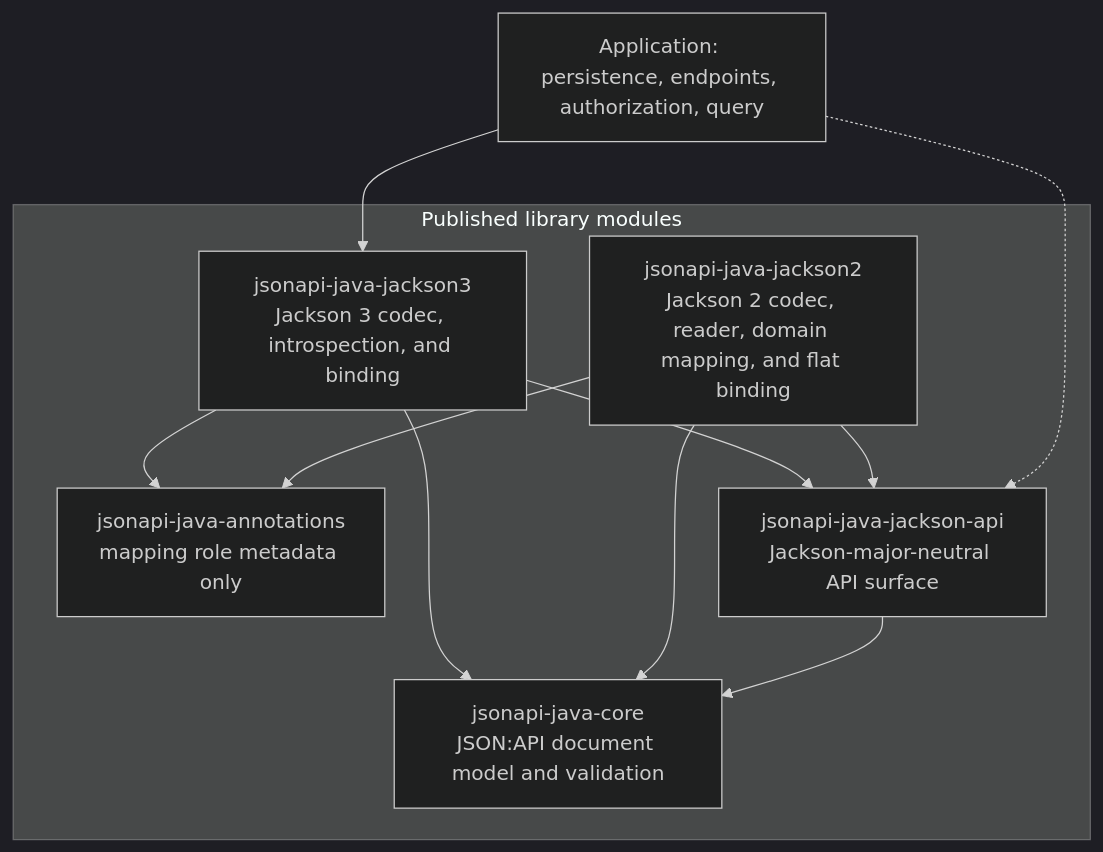
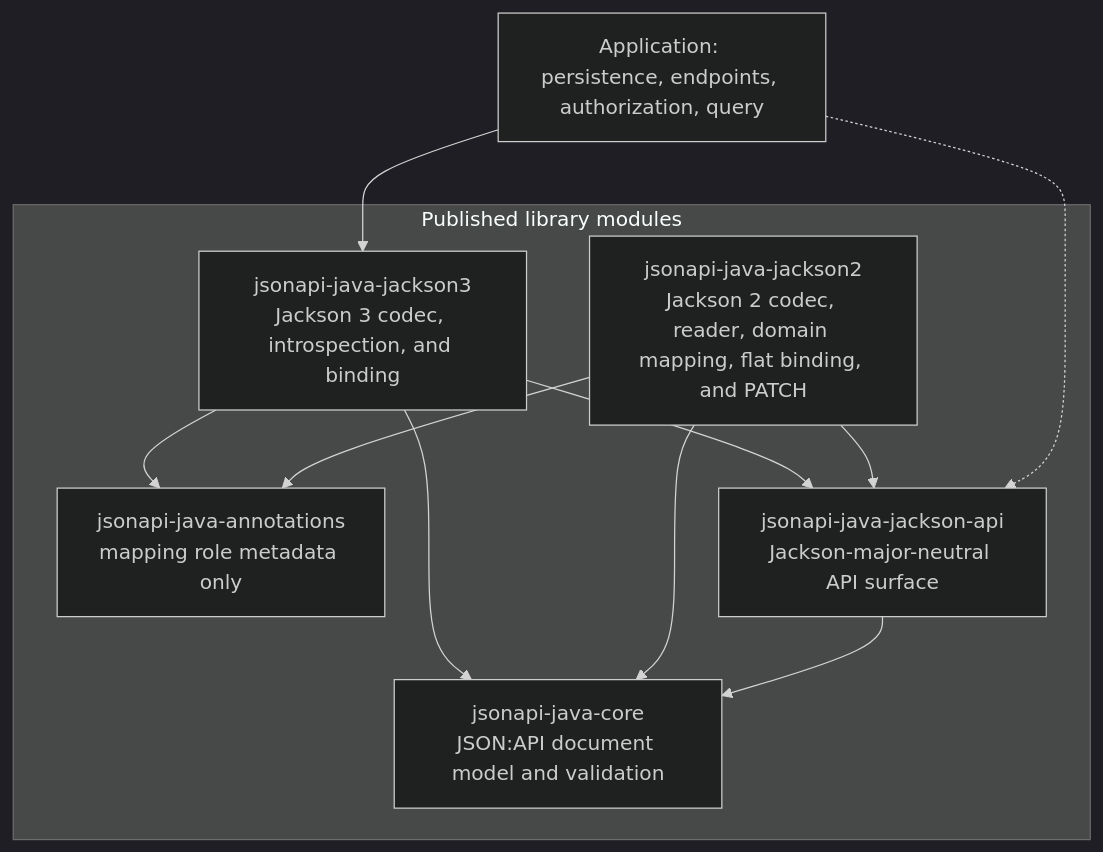
Before and after one commit to kazforge/jsonapi-java: the first of 6 diagrams in docs/architecture.md, drawn with Mermaid (dark theme). The commit also changed other lines of this file and 31 other files, not shown here.

First line of the commit message:
feat(jackson2): add presence-aware PATCH binding

````diff
--- a/docs/architecture.md
+++ b/docs/architecture.md
@@ -29,22 +29,22 @@
 ```mermaid
 flowchart TB
   subgraph published["Published library modules"]
     CORE["jsonapi-java-core<br/>JSON:API document model and validation"]
     ANN["jsonapi-java-annotations<br/>mapping role metadata only"]
     COMMON["jsonapi-java-jackson-api<br/>Jackson-major-neutral API surface"]
     J3["jsonapi-java-jackson3<br/>Jackson 3 codec, introspection, and binding"]
-    J2["jsonapi-java-jackson2<br/>Jackson 2 codec, reader, domain mapping, and flat binding"]
+    J2["jsonapi-java-jackson2<br/>Jackson 2 codec, reader, domain mapping, flat binding, and PATCH"]
   end
 
   APP["Application: persistence, endpoints, authorization, query"]
 
   J3 --> COMMON
   J3 --> CORE
   J3 --> ANN
   J2 --> COMMON
   J2 --> CORE
   J2 --> ANN
   COMMON --> CORE
   APP --> J3
   APP -.-> COMMON
 ```
````
